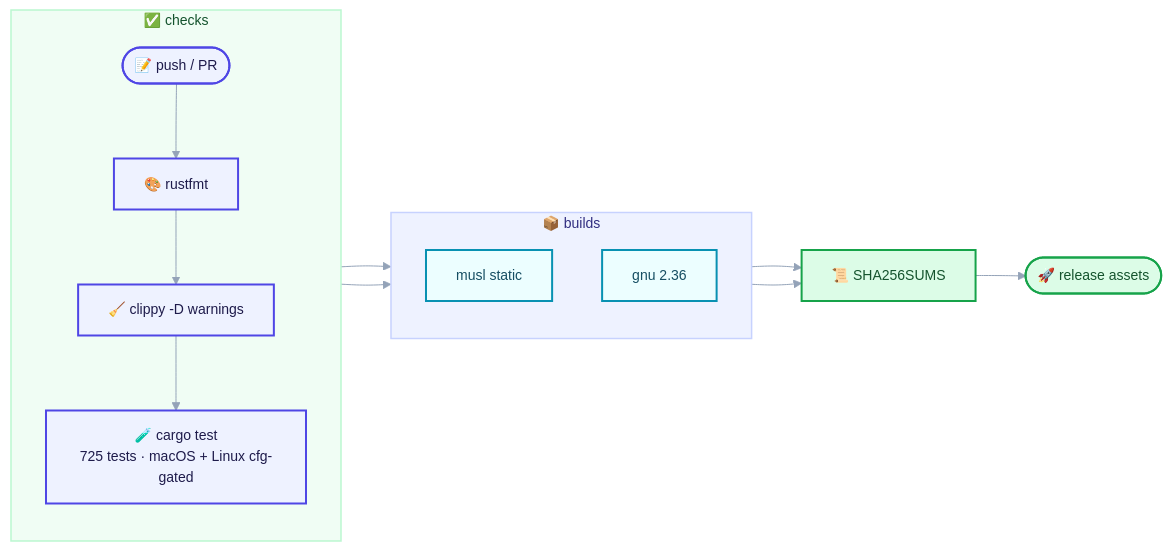
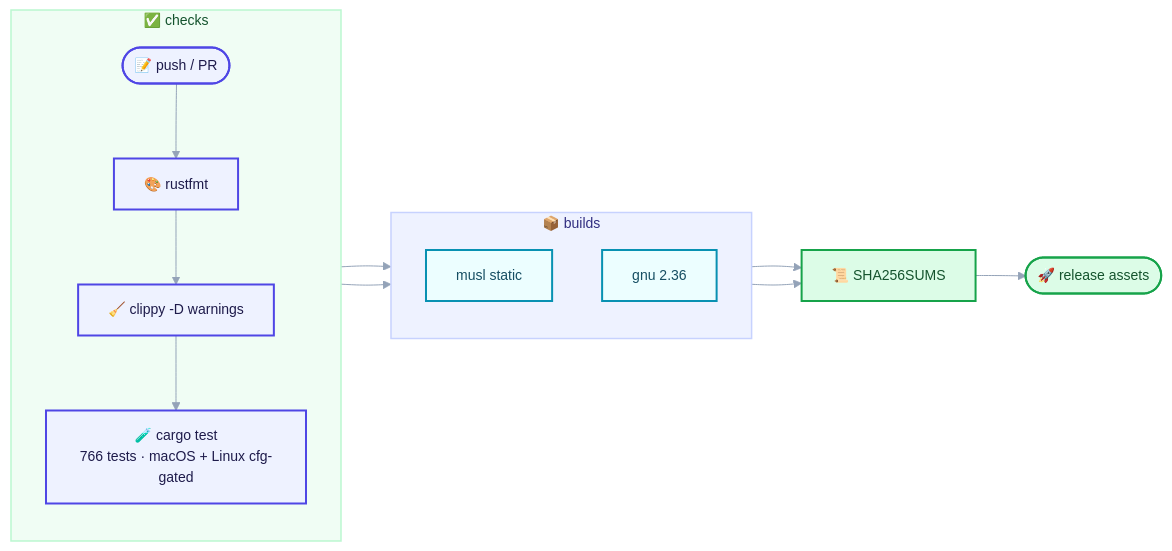
Diagram 31 of 31 in README.md (Terutoki/MyQUIC2), drawn with Mermaid before and after one commit. The commit also changed other lines of this file and 8 other files, not shown here.

````diff
--- a/README.md
+++ b/README.md
@@ -2198,30 +2201,30 @@
 ```mermaid
 %%{init: {"theme":"base","themeVariables":{"fontSize":"14px","lineColor":"#94a3b8","textColor":"#0f172a","edgeLabelBackground":"#f8fafc"}}}%%
 flowchart LR
     accTitle: Continuous integration and release pipeline
     accDescr: Formatting, Clippy, and the full test suite gate two static builds, whose artifacts are hashed and published as release assets.
     subgraph CHECK["✅ checks"]
         direction TB
         C(["📝 push / PR"]) --> F["🎨 rustfmt"]
         F --> L["🧹 clippy -D warnings"]
-        L --> T["🧪 cargo test<br/>725 tests · macOS + Linux cfg-gated"]
+        L --> T["🧪 cargo test<br/>766 tests · macOS + Linux cfg-gated"]
     end
     subgraph BUILD["📦 builds"]
         direction TB
         M["musl static"]
         G["gnu 2.36"]
     end
     T --> M
     T --> G
     M --> A["📜 SHA256SUMS"]
     G --> A
     A --> R(["🚀 release assets"])
     classDef tunnel fill:#eef2ff,stroke:#4f46e5,stroke-width:2px,color:#1e1b4b
     classDef wire fill:#ecfeff,stroke:#0891b2,stroke-width:2px,color:#164e63
     classDef edge fill:#dcfce7,stroke:#16a34a,stroke-width:2px,color:#14532d
     class C,F,L,T tunnel
     class M,G wire
     class A,R edge
     style CHECK fill:#f0fdf4,stroke:#bbf7d0,stroke-width:1.5px,color:#14532d
     style BUILD fill:#eef2ff,stroke:#c7d2fe,stroke-width:1.5px,color:#312e81
 ```
````
